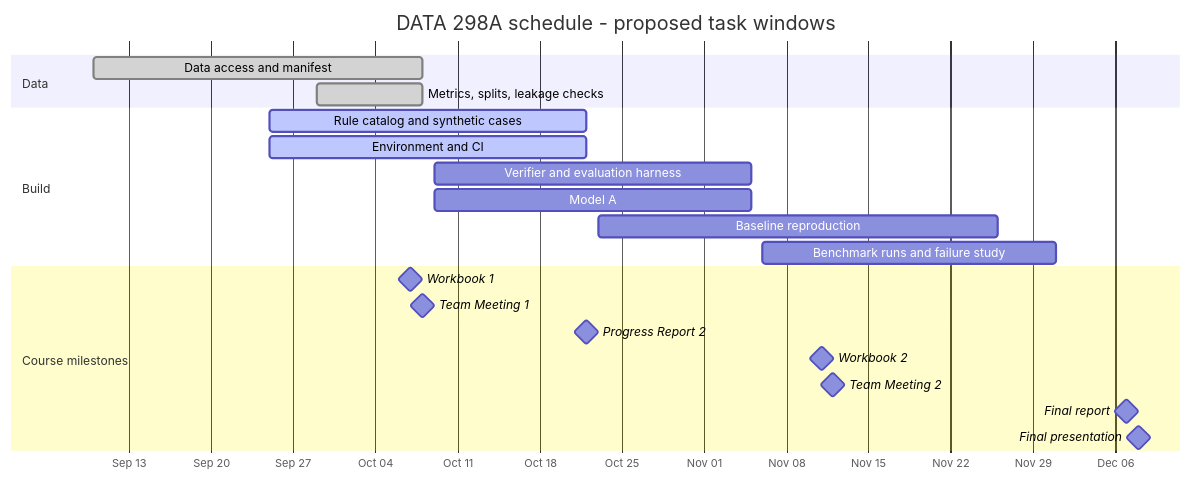
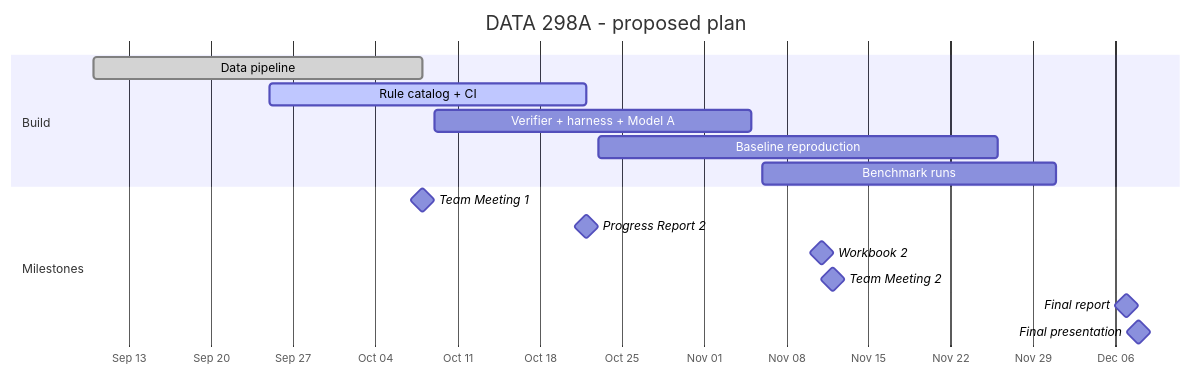
Before and after one commit to Akashkumarsenthil/Clinical-Discharge-Treatment-Plan-Verification: the third of 3 diagrams in README.md, drawn with Mermaid. The commit also changed other lines of this file, not shown here.

Commit message:
README: make diagrams vertical so they fit the page width

````diff
--- a/README.md
+++ b/README.md
@@ -90,24 +92,19 @@
 ```mermaid
 gantt
-    title DATA 298A schedule - proposed task windows
+    title DATA 298A - proposed plan
     dateFormat YYYY-MM-DD
     axisFormat %b %d
-    section Data
-    Data access and manifest           :done, 2026-09-10, 2026-10-08
-    Metrics, splits, leakage checks    :done, 2026-09-29, 2026-10-08
     section Build
-    Rule catalog and synthetic cases   :active, 2026-09-25, 2026-10-22
-    Environment and CI                 :active, 2026-09-25, 2026-10-22
-    Verifier and evaluation harness    :2026-10-09, 2026-11-05
-    Model A                            :2026-10-09, 2026-11-05
-    Baseline reproduction              :2026-10-23, 2026-11-26
-    Benchmark runs and failure study   :2026-11-06, 2026-12-01
-    section Course milestones
-    Workbook 1                         :milestone, 2026-10-07, 0d
-    Team Meeting 1                     :milestone, 2026-10-08, 0d
-    Progress Report 2                  :milestone, 2026-10-22, 0d
-    Workbook 2                         :milestone, 2026-11-11, 0d
-    Team Meeting 2                     :milestone, 2026-11-12, 0d
-    Final report                       :milestone, 2026-12-07, 0d
-    Final presentation                 :milestone, 2026-12-08, 0d
+    Data pipeline                :done, 2026-09-10, 2026-10-08
+    Rule catalog + CI            :active, 2026-09-25, 2026-10-22
+    Verifier + harness + Model A :2026-10-09, 2026-11-05
+    Baseline reproduction        :2026-10-23, 2026-11-26
+    Benchmark runs               :2026-11-06, 2026-12-01
+    section Milestones
+    Team Meeting 1               :milestone, 2026-10-08, 0d
+    Progress Report 2            :milestone, 2026-10-22, 0d
+    Workbook 2                   :milestone, 2026-11-11, 0d
+    Team Meeting 2               :milestone, 2026-11-12, 0d
+    Final report                 :milestone, 2026-12-07, 0d
+    Final presentation           :milestone, 2026-12-08, 0d
 ```
````
